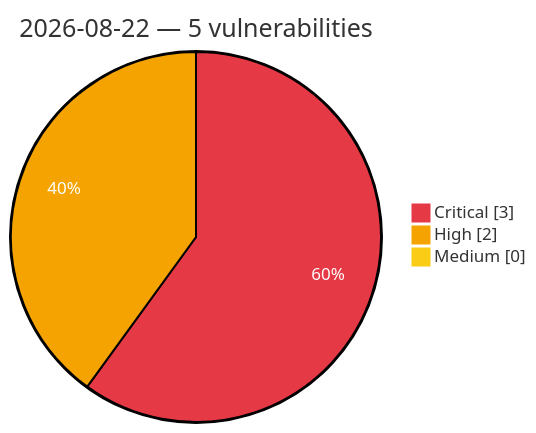
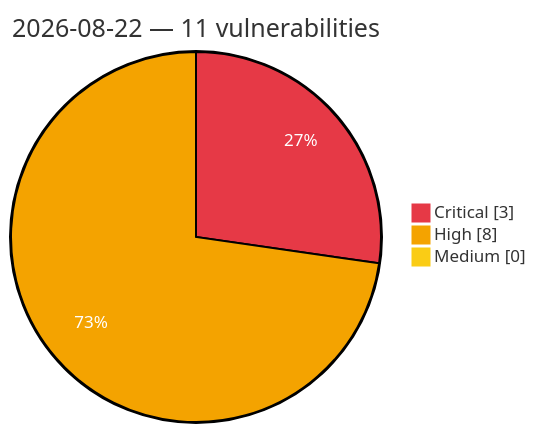
The diagram in vulnerabilities/2026/August/2026-08-22.md (GhostX0X/vuln-tracker), drawn with Mermaid before and after one commit. The commit also changed other lines of this file and 5 other files, not shown here.

````diff
--- a/vulnerabilities/2026/August/2026-08-22.md
+++ b/vulnerabilities/2026/August/2026-08-22.md
@@ -3,8 +3,8 @@
 ```mermaid
 %%{init: {'theme':'base', 'themeVariables': {'pie1':'#e63946', 'pie2':'#f4a300', 'pie3':'#facc15', 'pieOpacity':'1', 'pieOuterStrokeWidth':'2px', 'pieSectionTextColor':'#ffffff'}}}%%
 pie showData
-    title 2026-08-22 — 5 vulnerabilities
+    title 2026-08-22 — 11 vulnerabilities
     "Critical" : 3
-    "High" : 2
+    "High" : 8
     "Medium" : 0
 ```
````
